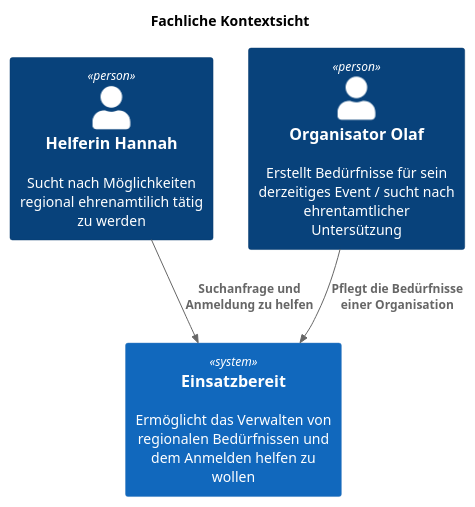
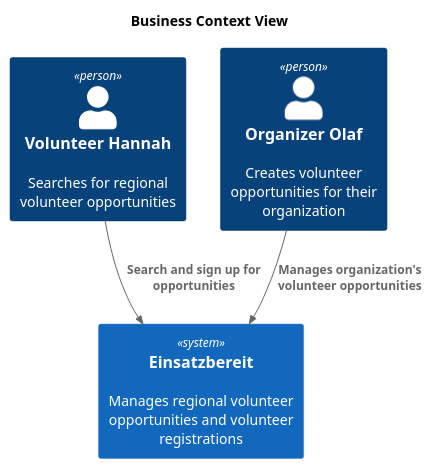
The diagram in docs/Architektur/images/business-context.puml (maik-hasler/einsatzbereit), drawn with PlantUML before and after one commit. The commit also changed 120 other files, not shown here.

```diff
--- a/docs/Architektur/images/business-context.puml
+++ b/docs/Architektur/images/business-context.puml
@@ -1,17 +1,15 @@
-@startuml Fachliche Kontextsicht
+@startuml Business Context
 
 !include <C4/C4_Context>
-'LAYOUT_WITH_LEGEND()
 
-title Fachliche Kontextsicht
+title Business Context View
 
-Person(helferin, "Helferin Hannah", "Sucht nach Möglichkeiten regional ehrenamtilich tätig zu werden")
+Person(volunteer, "Volunteer Hannah", "Searches for regional volunteer opportunities")
+Person(organizer, "Organizer Olaf", "Creates volunteer opportunities for their organization")
 
-Person(organisator, "Organisator Olaf", "Erstellt Bedürfnisse für sein derzeitiges Event / sucht nach ehrentamtlicher Untersützung")
+System(einsatzbereit, "Einsatzbereit", "Manages regional volunteer opportunities and volunteer registrations")
 
-System(einsatzbereit, "Einsatzbereit", "Ermöglicht das Verwalten von regionalen Bedürfnissen und dem Anmelden helfen zu wollen")
-
-Rel(helferin, einsatzbereit, "Suchanfrage und Anmeldung zu helfen")
-Rel(organisator, einsatzbereit, "Pflegt die Bedürfnisse einer Organisation")
+Rel(volunteer, einsatzbereit, "Search and sign up for opportunities")
+Rel(organizer, einsatzbereit, "Manages organization's volunteer opportunities")
 
 @enduml
```
